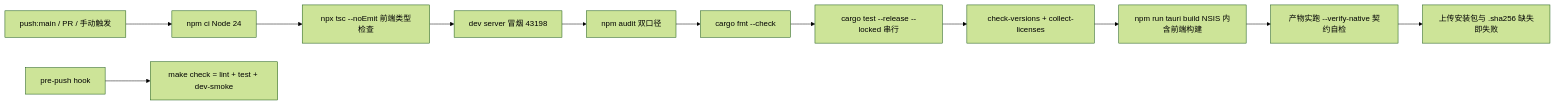
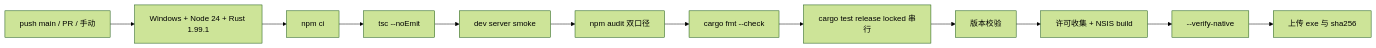
The first of 5 diagrams in docs/architecture/03-workflow.md (hershate/Deep-tutor), drawn with Mermaid (forest theme) before and after one commit. The commit also changed other lines of this file and 1 other file, not shown here.

````diff
--- a/docs/architecture/03-workflow.md
+++ b/docs/architecture/03-workflow.md
@@ -19,14 +26,14 @@
 ```mermaid
 flowchart LR
-    A[push:main / PR / 手动触发] --> B[npm ci Node 24]
-    B --> T[npx tsc --noEmit 前端类型检查]
-    T --> S[dev server 冒烟 43198]
-    S --> AU[npm audit 双口径]
-    AU --> C[cargo fmt --check]
-    C --> D[cargo test --release --locked 串行]
-    D --> E[check-versions + collect-licenses]
-    E --> F[npm run tauri build NSIS 内含前端构建]
-    F --> V[产物实跑 --verify-native 契约自检]
-    V --> G[上传安装包与 .sha256 缺失即失败]
-    H[pre-push hook] --> I[make check = lint + test + dev-smoke]
+    A[push main / PR / 手动] --> B[Windows + Node 24 + Rust 1.99.1]
+    B --> C[npm ci]
+    C --> D[tsc --noEmit]
+    D --> E[dev server smoke]
+    E --> F[npm audit 双口径]
+    F --> G[cargo fmt --check]
+    G --> H[cargo test release locked 串行]
+    H --> I[版本校验]
+    I --> J[许可收集 + NSIS build]
+    J --> K[--verify-native]
+    K --> L[上传 exe 与 sha256]
 ```
````
